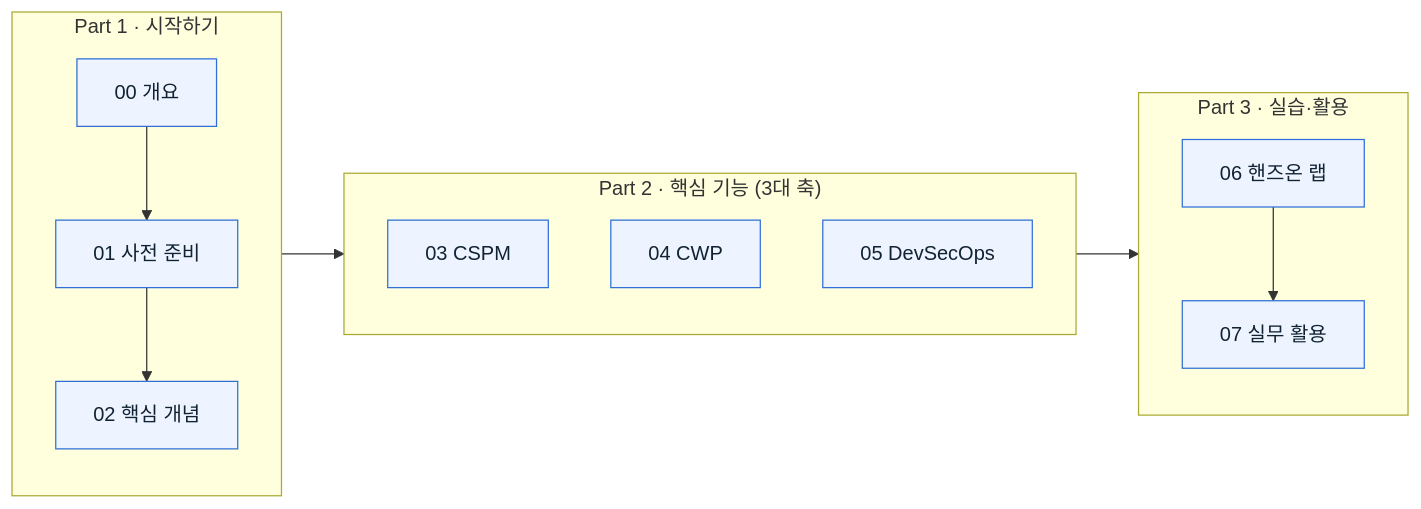
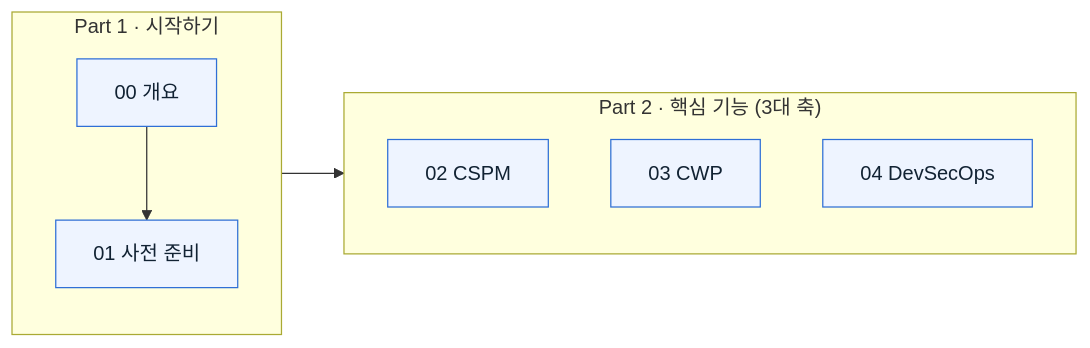
Before and after one commit to akimcse/defender-for-cloud-guide-kr: the diagram in README.md, drawn with Mermaid. The commit also changed other lines of this file and 16 other files, not shown here.

````diff
--- a/README.md
+++ b/README.md
@@ -29,27 +29,21 @@
 ```mermaid
 flowchart LR
     subgraph P1["Part 1 · 시작하기"]
-        A0["00 개요"] --> A1["01 사전 준비"] --> A2["02 핵심 개념"]
+        A0["00 개요"] --> A1["01 사전 준비"]
     end
     subgraph P2["Part 2 · 핵심 기능 (3대 축)"]
-        B3["03 CSPM"]
-        B4["04 CWP"]
-        B5["05 DevSecOps"]
+        B3["02 CSPM"]
+        B4["03 CWP"]
+        B5["04 DevSecOps"]
     end
-    subgraph P3["Part 3 · 실습·활용"]
-        C6["06 핸즈온 랩"] --> C7["07 실무 활용"]
-    end
-    P1 --> P2 --> P3
+    P1 --> P2
 
-    click A0 "./00-overview.md" "00 개요"
-    click A1 "./01-prerequisites.md" "01 사전 준비"
-    click A2 "./02-concepts.md" "02 핵심 개념"
-    click B3 "./03-cspm.md" "03 CSPM"
-    click B4 "./04-cwp.md" "04 CWP"
-    click B5 "./05-devsecops.md" "05 DevSecOps"
-    click C6 "./06-handson-lab.md" "06 핸즈온 랩"
-    click C7 "./07-use-cases.md" "07 실무 활용"
+    click A0 "#/00-overview" "00 개요"
+    click A1 "#/01-prerequisites" "01 사전 준비"
+    click B3 "#/02-cspm" "02 CSPM"
+    click B4 "#/03-cwp" "03 CWP"
+    click B5 "#/04-devsecops" "04 DevSecOps"
 
     classDef node fill:#eef4ff,stroke:#2f6fd6,color:#123,stroke-width:1px;
-    class A0,A1,A2,B3,B4,B5,C6,C7 node;
+    class A0,A1,B3,B4,B5 node;
 ```
````
